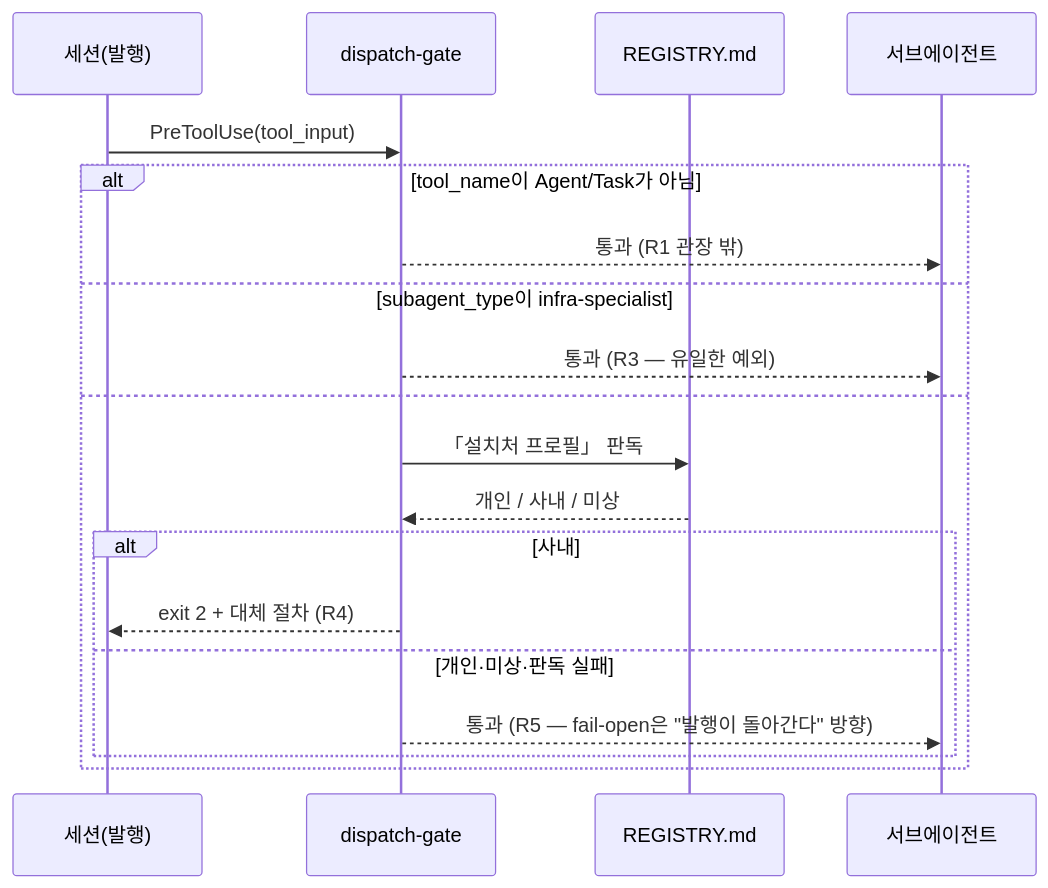
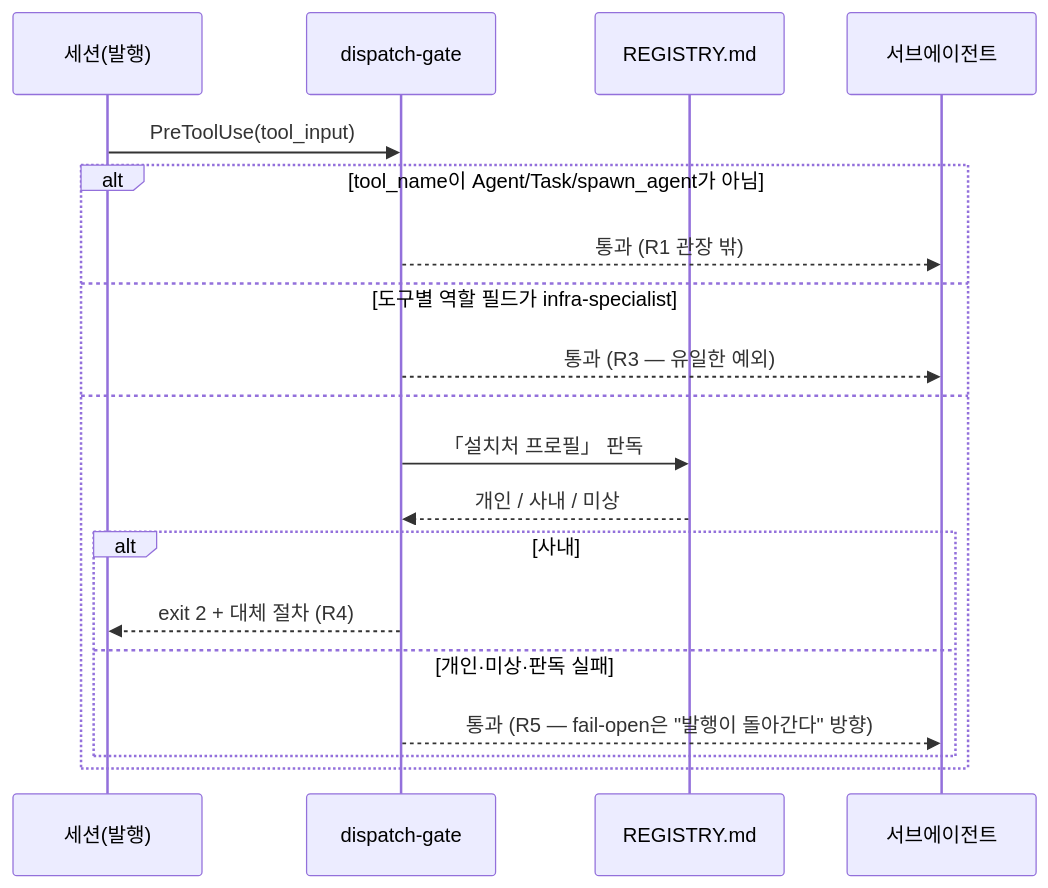
Before and after one commit to nohdol97/nohdol-harness: the diagram in docs/specs/2026-08-04-dispatch-gate-hook.md, drawn with Mermaid. The commit also changed other lines of this file and 21 other files, not shown here.

````diff
--- a/docs/specs/2026-08-04-dispatch-gate-hook.md
+++ b/docs/specs/2026-08-04-dispatch-gate-hook.md
@@ -44,22 +44,22 @@
 ```mermaid
 sequenceDiagram
     participant S as 세션(발행)
     participant H as dispatch-gate
     participant R as REGISTRY.md
     participant A as 서브에이전트
 
     S->>H: PreToolUse(tool_input)
-    alt tool_name이 Agent/Task가 아님
+    alt tool_name이 Agent/Task/spawn_agent가 아님
         H-->>A: 통과 (R1 관장 밖)
-    else subagent_type이 infra-specialist
+    else 도구별 역할 필드가 infra-specialist
         H-->>A: 통과 (R3 — 유일한 예외)
     else
         H->>R: 「설치처 프로필」 판독
         R-->>H: 개인 / 사내 / 미상
         alt 사내
             H-->>S: exit 2 + 대체 절차 (R4)
         else 개인·미상·판독 실패
             H-->>A: 통과 (R5 — fail-open은 "발행이 돌아간다" 방향)
         end
     end
 ```
````
